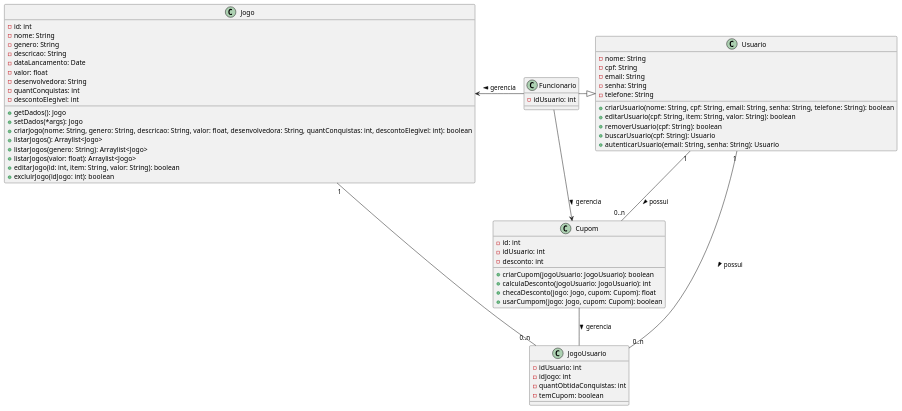
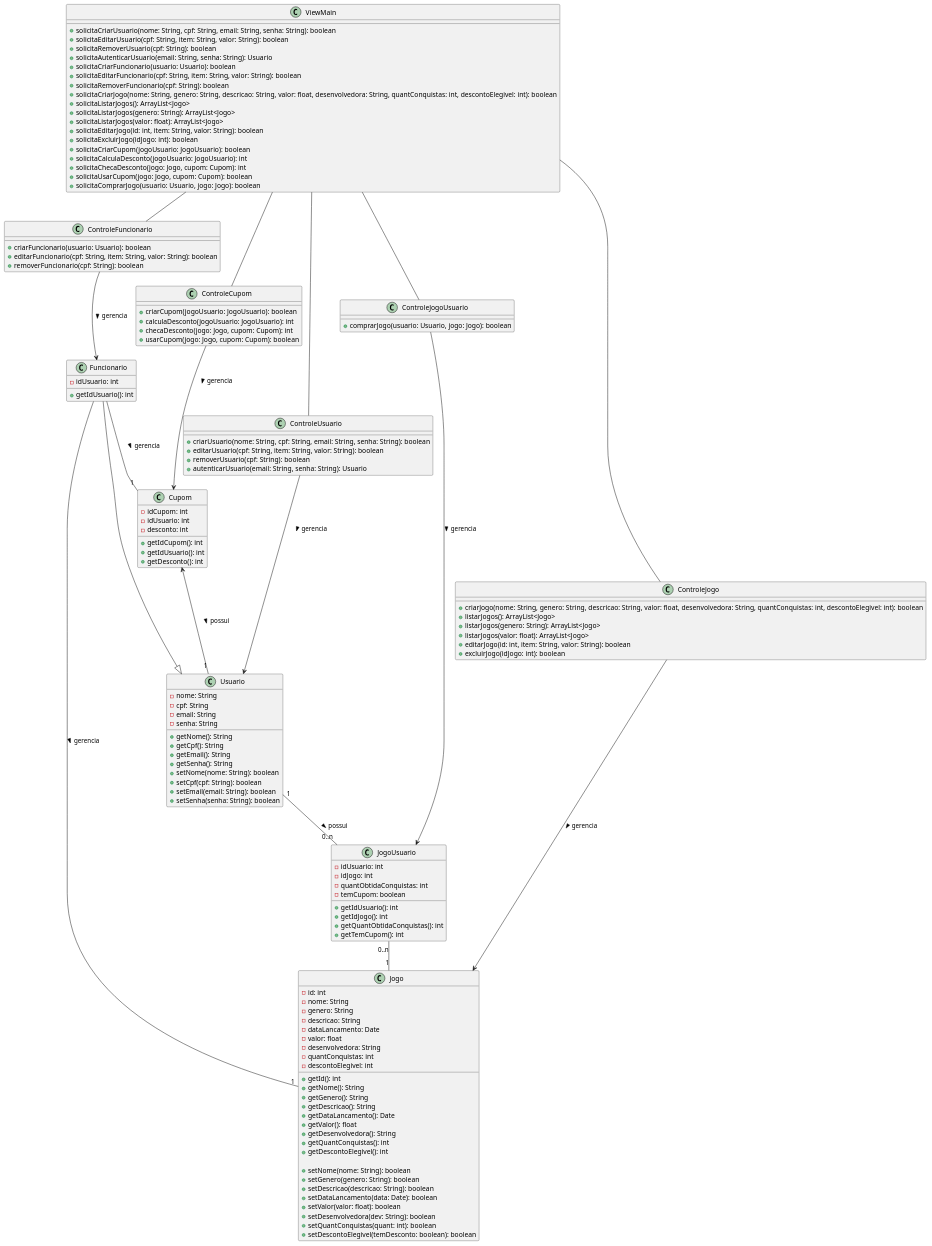
Before and after one commit to queirozPedro/PlatinumPlus: the diagram in ProjetoPDS/desc/DiagramaDeClasses.iuml, drawn with PlantUML.

Commit message:
Subindo o diagrama de classes feio

```diff
--- a/ProjetoPDS/desc/DiagramaDeClasses.iuml
+++ b/ProjetoPDS/desc/DiagramaDeClasses.iuml
@@ -1,73 +1,162 @@
 @startuml "Diagrama de Classes"
 
-    class Usuario{
-        -nome: String
-        -cpf: String
-        -email: String
-        -senha: String
-        -telefone: String
+class Usuario{
+    -nome: String
+    -cpf: String
+    -email: String
+    -senha: String
 
-        +criarUsuario(nome: String, cpf: String, email: String, senha: String, telefone: String): boolean
-        +editarUsuario(cpf: String, item: String, valor: String): boolean
-        +removerUsuario(cpf: String): boolean
-        +buscarUsuario(cpf: String): Usuario
-        +autenticarUsuario(email: String, senha: String): Usuario
-    }
+    +getNome(): String
+    +getCpf(): String
+    +getEmail(): String
+    +getSenha(): String
+    +setNome(nome: String): boolean
+    +setCpf(cpf: String): boolean
+    +setEmail(email: String): boolean
+    +setSenha(senha: String): boolean
+}
 
-    class Funcionario{
-        -idUsuario: int
-    }
+class Funcionario{
+    -idUsuario: int
 
-    Funcionario -right-|> Usuario
+    +getIdUsuario(): int
+}
 
-    class Jogo{
-        -id: int
-        -nome: String
-        -genero: String
-        -descricao: String
-        -dataLancamento: Date
-        -valor: float
-        -desenvolvedora: String
-        -quantConquistas: int
-        -descontoElegivel: int
+Funcionario --|> Usuario
 
-        +getDados(): Jogo
-        +setDados(*args): Jogo
-        +criarJogo(nome: String, genero: String, descricao: String, valor: float, desenvolvedora: String, quantConquistas: int, descontoElegivel: int): boolean
-        +listarJogos(): Arraylist<Jogo>
-        +listarJogos(genero: String): Arraylist<Jogo>
-        +listarJogos(valor: float): Arraylist<Jogo>
-        +editarJogo(id: int, item: String, valor: String): boolean
-        +excluirJogo(idJogo: int): boolean
-    }
+class Jogo{
+    -id: int
+    -nome: String
+    -genero: String
+    -descricao: String
+    -dataLancamento: Date
+    -valor: float
+    -desenvolvedora: String
+    -quantConquistas: int
+    -descontoElegivel: int
 
-    class Cupom{
-        -id: int
-        -idUsuario: int
-        -desconto: int
+    +getId(): int
+    +getNome(): String
+    +getGenero(): String
+    +getDescricao(): String
+    +getDataLancamento(): Date
+    +getValor(): float
+    +getDesenvolvedora(): String
+    +getQuantConquistas(): int
+    +getDescontoElegivel(): int
 
-        +criarCupom(jogoUsuario: JogoUsuario): boolean
-        +calculaDesconto(jogoUsuario: JogoUsuario): int
-        +checaDesconto(jogo: Jogo, cupom: Cupom): float
-        +usarCumpom(jogo: Jogo, cupom: Cupom): boolean
-    }
+    +setNome(nome: String): boolean
+    +setGenero(genero: String): boolean 
+    +setDescricao(descricao: String): boolean
+    +setDataLancamento(data: Date): boolean
+    +setValor(valor: float): boolean
+    +setDesenvolvedora(dev: String): boolean
+    +setQuantConquistas(quant: int): boolean
+    +setDescontoElegivel(temDesconto: boolean): boolean
+}
 
-    Cupom -- JogoUsuario: gerencia >
+class Cupom{
+    -idCupom: int
+    -idUsuario: int
+    -desconto: int
 
-    Funcionario -left-> Jogo: gerencia >
+    +getIdCupom(): int
+    +getIdUsuario(): int
+    +getDesconto(): int
+}
 
-    Funcionario --> Cupom: gerencia >
+Cupom <-- "1" Usuario: possui >
+Funcionario -- "1" Jogo: gerencia >
+Funcionario -- "1" Cupom: gerencia >
 
-    Usuario "1" -- "0..n" Cupom: possui >
+class JogoUsuario{
+    -idUsuario: int
+    -idJogo: int
+    -quantObtidaConquistas: int
+    -temCupom: boolean
 
-    class JogoUsuario{
-        -idUsuario: int
-        -idJogo: int
-        -quantObtidaConquistas: int
-        -temCupom: boolean
-    }
+    +getIdUsuario(): int
+    +getIdJogo(): int
+    +getQuantObtidaConquistas(): int
+    +getTemCupom(): int 
+}
 
-    Usuario "1" -- "0..n" JogoUsuario: possui >
-    JogoUsuario "0..n" -- "1" Jogo
+Usuario "1" -- "0..n" JogoUsuario: possui >
+JogoUsuario "0..n" -- "1" Jogo
+
+' Controle
+
+class ControleUsuario{
+    +criarUsuario(nome: String, cpf: String, email: String, senha: String): boolean
+    +editarUsuario(cpf: String, item: String, valor: String): boolean
+    +removerUsuario(cpf: String): boolean
+    +autenticarUsuario(email: String, senha: String): Usuario
+}
+
+ControleUsuario --> Usuario: gerencia >
+
+class ControleFuncionario{
+    +criarFuncionario(usuario: Usuario): boolean
+    +editarFuncionario(cpf: String, item: String, valor: String): boolean
+    +removerFuncionario(cpf: String): boolean
+}
+
+ControleFuncionario --> Funcionario: gerencia >
+
+class ControleJogo{
+    +criarJogo(nome: String, genero: String, descricao: String, valor: float, desenvolvedora: String, quantConquistas: int, descontoElegivel: int): boolean
+    +listarJogos(): ArrayList<Jogo>
+    +listarJogos(genero: String): ArrayList<Jogo>
+    +listarJogos(valor: float): ArrayList<Jogo>
+    +editarJogo(id: int, item: String, valor: String): boolean
+    +excluirJogo(idJogo: int): boolean
+}
+
+ControleJogo --> Jogo: gerencia > 
+
+class ControleCupom{
+    +criarCupom(jogoUsuario: JogoUsuario): boolean
+    +calculaDesconto(jogoUsuario: JogoUsuario): int
+    +checaDesconto(jogo: Jogo, cupom: Cupom): int
+    +usarCupom(jogo: Jogo, cupom: Cupom): boolean
+}
+
+ControleCupom --> Cupom: gerencia >
+
+class ControleJogoUsuario{
+    +comprarJogo(usuario: Usuario, jogo: Jogo): boolean
+}
+
+ControleJogoUsuario --> JogoUsuario: gerencia >
+
+' View
+
+class ViewMain{
+    +solicitaCriarUsuario(nome: String, cpf: String, email: String, senha: String): boolean
+    +solicitaEditarUsuario(cpf: String, item: String, valor: String): boolean
+    +solicitaRemoverUsuario(cpf: String): boolean
+    +solicitaAutenticarUsuario(email: String, senha: String): Usuario    
+    +solicitaCriarFuncionario(usuario: Usuario): boolean
+    +solicitaEditarFuncionario(cpf: String, item: String, valor: String): boolean
+    +solicitaRemoverFuncionario(cpf: String): boolean
+    +solicitaCriarJogo(nome: String, genero: String, descricao: String, valor: float, desenvolvedora: String, quantConquistas: int, descontoElegivel: int): boolean
+    +solicitaListarJogos(): ArrayList<Jogo>
+    +solicitaListarJogos(genero: String): ArrayList<Jogo>
+    +solicitaListarJogos(valor: float): ArrayList<Jogo>
+    +solicitaEditarJogo(id: int, item: String, valor: String): boolean
+    +solicitaExcluirJogo(idJogo: int): boolean
+    +solicitaCriarCupom(jogoUsuario: JogoUsuario): boolean
+    +solicitaCalculaDesconto(jogoUsuario: JogoUsuario): int
+    +solicitaChecaDesconto(jogo: Jogo, cupom: Cupom): int
+    +solicitaUsarCupom(jogo: Jogo, cupom: Cupom): boolean
+    +solicitaComprarJogo(usuario: Usuario, jogo: Jogo): boolean
+}
+
+ViewMain -- ControleCupom
+ViewMain -- ControleFuncionario
+ViewMain -- ControleJogo
+ViewMain -- ControleJogoUsuario
+ViewMain -- ControleUsuario
+
 
 @enduml
```
